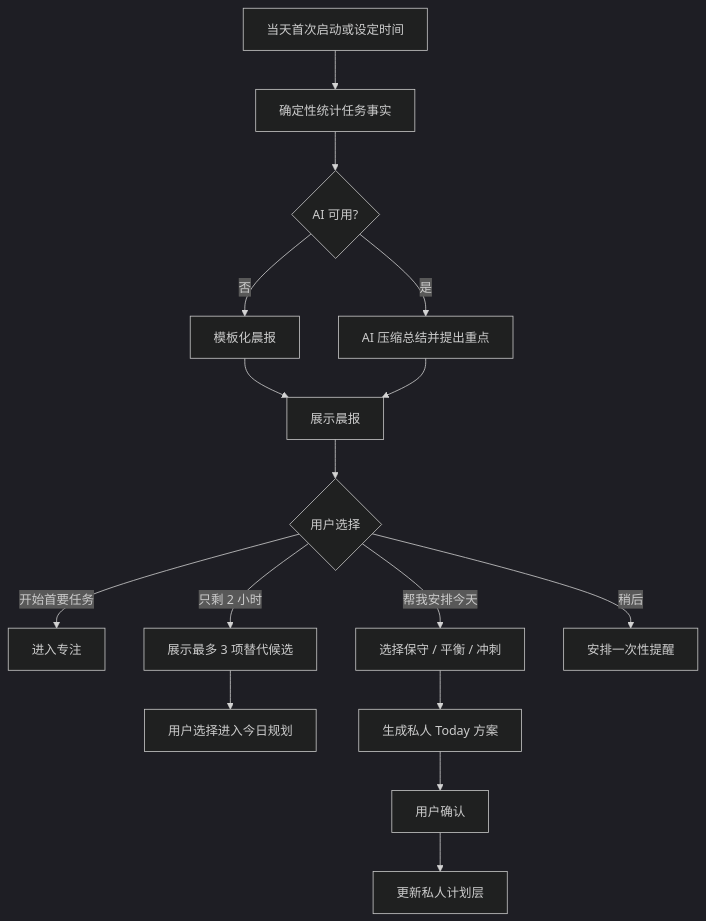
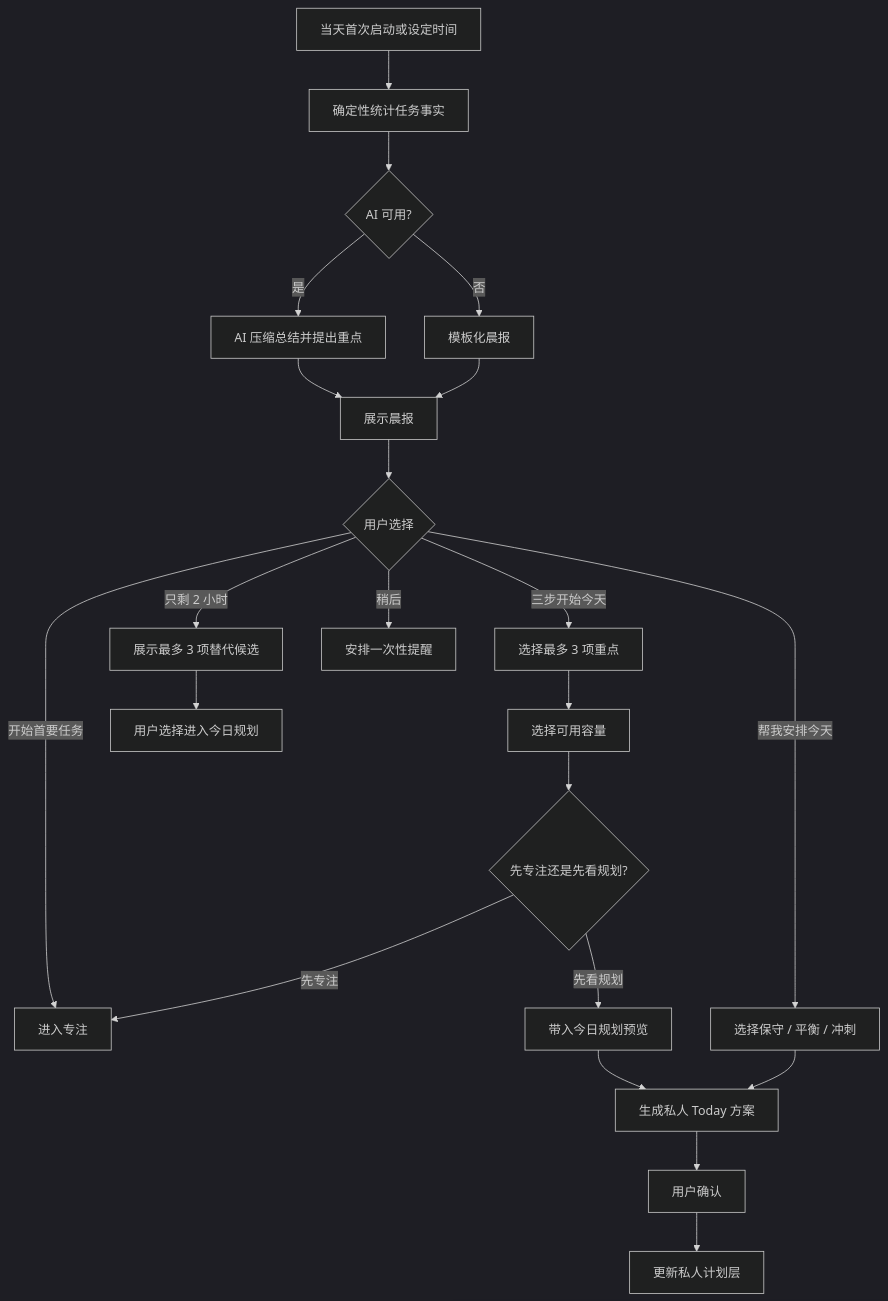
Before and after one commit to BrotherHappy/TodoAgent: the fifth of 11 diagrams in docs/UX_INFORMATION_ARCHITECTURE.md, drawn with Mermaid (dark theme). The commit also changed other lines of this file and 11 other files, not shown here.

Commit message:
feat: add morning kickoff planning flow

````diff
--- a/docs/UX_INFORMATION_ARCHITECTURE.md
+++ b/docs/UX_INFORMATION_ARCHITECTURE.md
@@ -258,18 +259,24 @@
 ```mermaid
 flowchart TD
     A[当天首次启动或设定时间] --> B[确定性统计任务事实]
     B --> C{AI 可用?}
     C -- 否 --> D[模板化晨报]
     C -- 是 --> E[AI 压缩总结并提出重点]
     D --> F[展示晨报]
     E --> F
     F --> G{用户选择}
-    G -- 开始首要任务 --> H[进入专注]
+    G -- 三步开始今天 --> P[选择最多 3 项重点]
+    P --> Q[选择可用容量]
+    Q --> R{先专注还是先看规划?}
+    R -- 先专注 --> H[进入专注]
+    R -- 先看规划 --> I[带入今日规划预览]
+    G -- 开始首要任务 --> H
     G -- 只剩 2 小时 --> N[展示最多 3 项替代候选]
     N --> O[用户选择进入今日规划]
-    G -- 帮我安排今天 --> I[选择保守 / 平衡 / 冲刺]
-    I --> J[生成私人 Today 方案]
+    G -- 帮我安排今天 --> I0[选择保守 / 平衡 / 冲刺]
+    I0 --> J[生成私人 Today 方案]
+    I --> J
     J --> K[用户确认]
     K --> L[更新私人计划层]
     G -- 稍后 --> M[安排一次性提醒]
 ```
````
